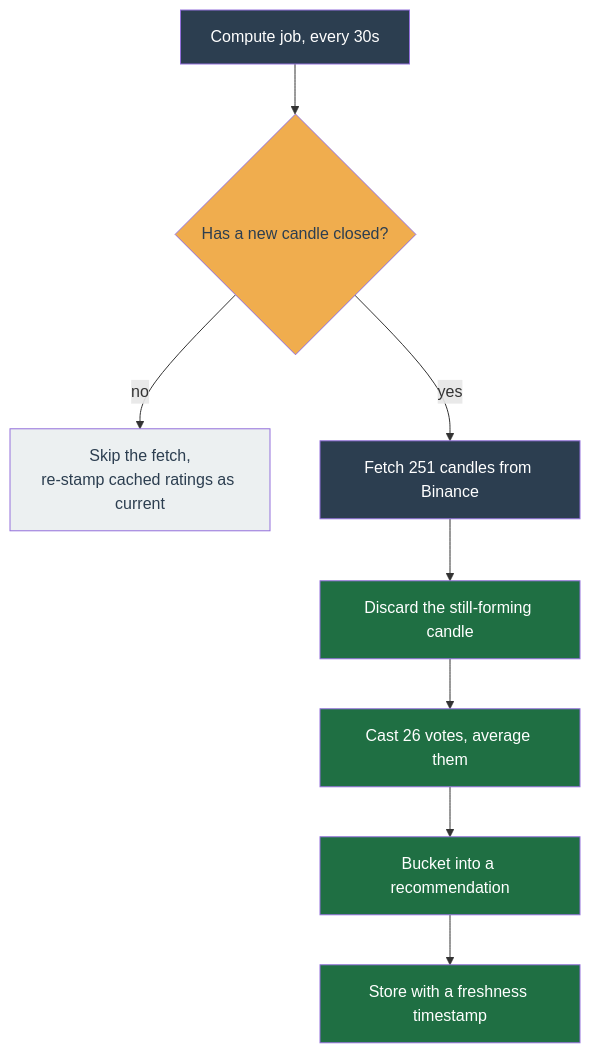
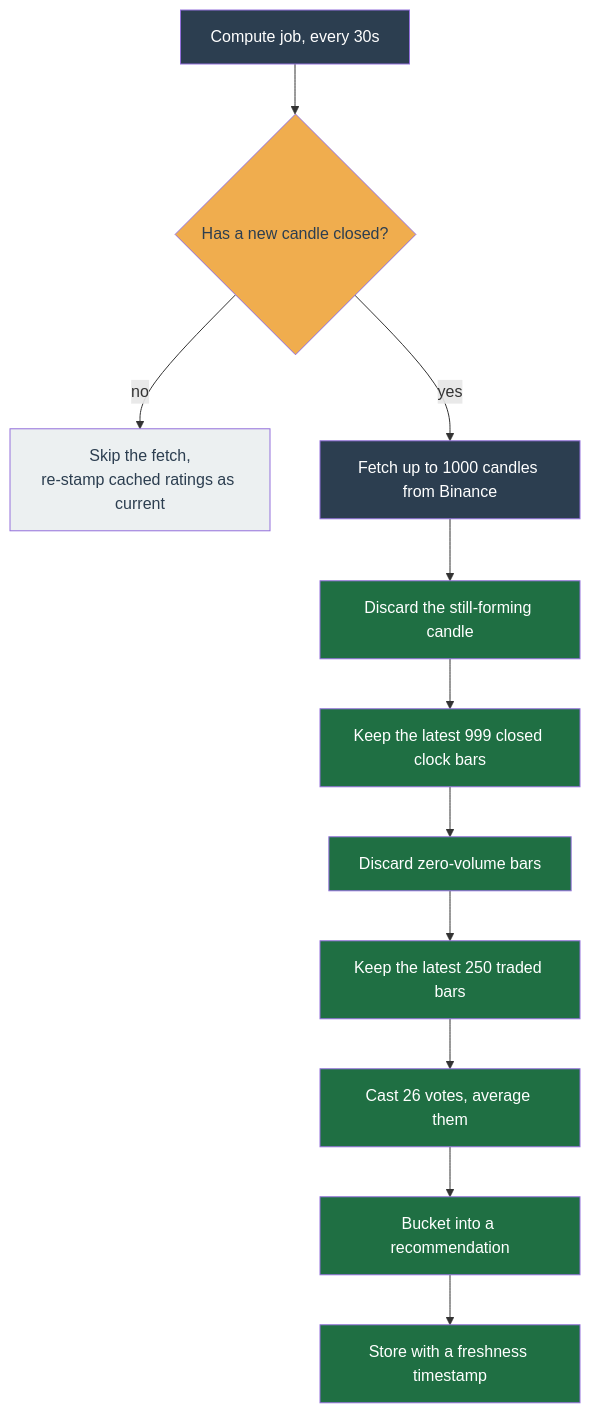
The diagram in docs/concepts/technicals.md (chrisleekr/binance-trading-bot), drawn with Mermaid before and after one commit. The commit also changed other lines of this file and 22 other files, not shown here.

````diff
--- a/docs/concepts/technicals.md
+++ b/docs/concepts/technicals.md
@@ -105,25 +113,31 @@
 ```mermaid
 flowchart TD
     Cron["Compute job, every 30s"]:::io
     CandleGate{"Has a new candle closed?"}:::gate
     Skip["Skip the fetch,<br/>re-stamp cached ratings as current"]:::wait
-    Fetch["Fetch 251 candles from Binance"]:::io
+    Fetch["Fetch up to 1000 candles from Binance"]:::io
     Drop["Discard the still-forming candle"]:::core
+    Source["Keep the latest 999 closed clock bars"]:::core
+    Filter["Discard zero-volume bars"]:::core
+    Traded["Keep the latest 250 traded bars"]:::core
     Rate["Cast 26 votes, average them"]:::core
     Bucket["Bucket into a recommendation"]:::core
     SetSig["Store with a freshness timestamp"]:::act
 
     Cron --> CandleGate
     CandleGate -->|no| Skip
     CandleGate -->|yes| Fetch
     Fetch --> Drop
-    Drop --> Rate
+    Drop --> Source
+    Source --> Filter
+    Filter --> Traded
+    Traded --> Rate
     Rate --> Bucket
     Bucket --> SetSig
 
     classDef io fill:#2c3e50,color:#ffffff;
     classDef core fill:#1f6f43,color:#ffffff;
     classDef gate fill:#f0ad4e,color:#2c3e50;
     classDef act fill:#1f6f43,color:#ffffff;
     classDef wait fill:#ecf0f1,color:#2c3e50;
 ```
````
